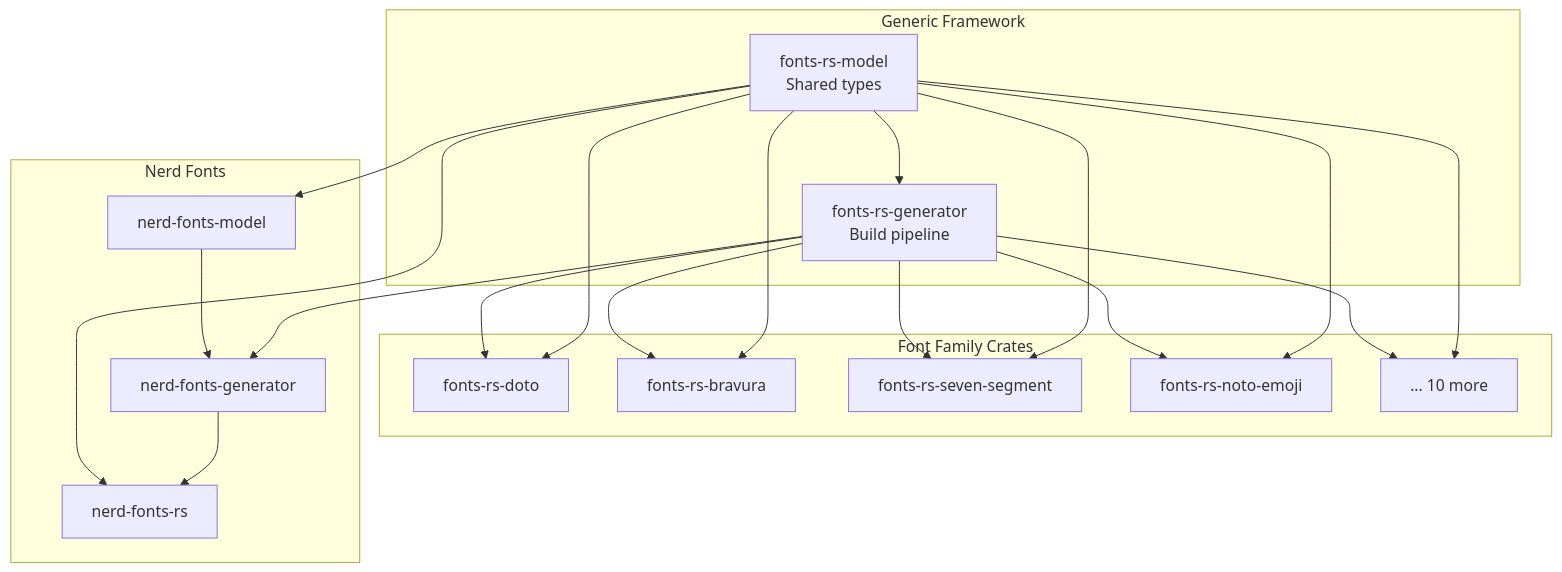
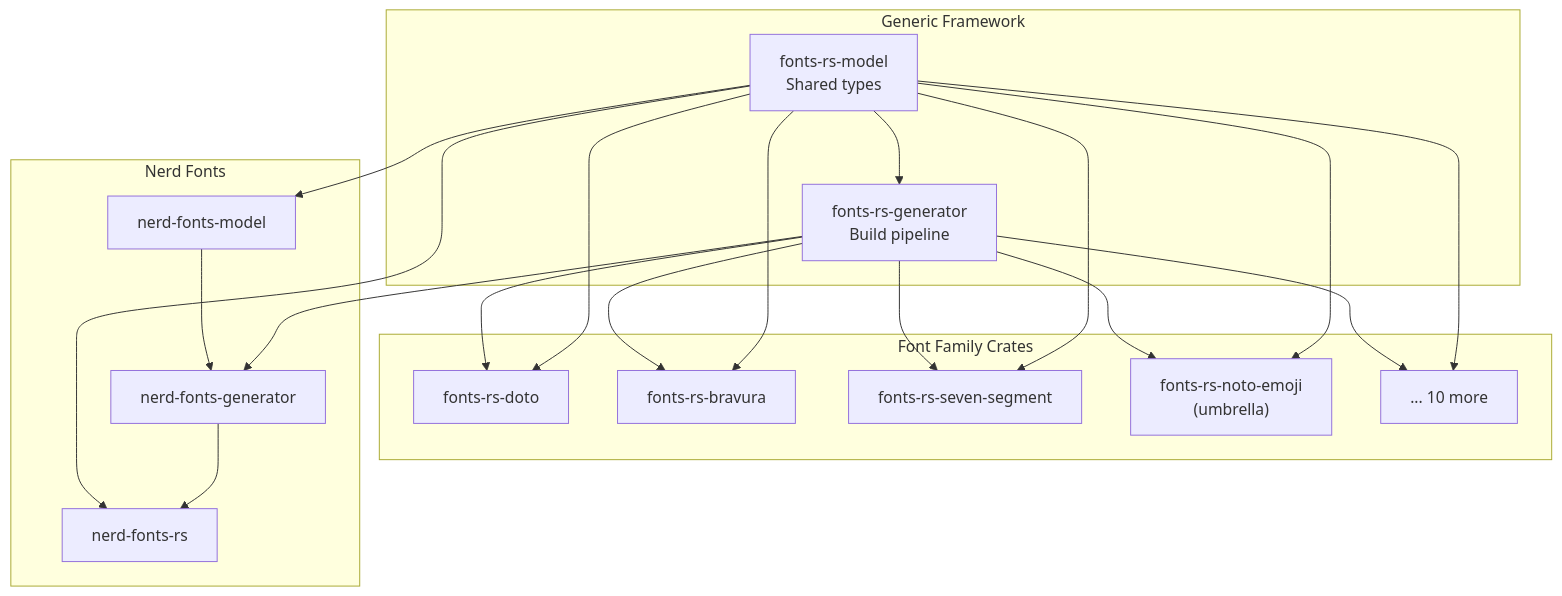
One commit to smearor/fonts-rs changed the diagram in book/src/introduction.md. Above: the diagram before and after it, drawn with Mermaid. The commit also changed other lines of this file and 38 other files, not shown here.

````diff
--- a/book/src/introduction.md
+++ b/book/src/introduction.md
@@ -19,38 +22,38 @@
 ```mermaid
 graph TD
     subgraph "Generic Framework"
         Model["fonts-rs-model<br/>Shared types"]
         Gen["fonts-rs-generator<br/>Build pipeline"]
     end
 
     subgraph "Font Family Crates"
         Doto["fonts-rs-doto"]
         Bravura["fonts-rs-bravura"]
         SevenSeg["fonts-rs-seven-segment"]
-        NotoEmoji["fonts-rs-noto-emoji"]
+        NotoEmoji["fonts-rs-noto-emoji<br/>(umbrella)"]
         Other["... 10 more"]
     end
 
     subgraph "Nerd Fonts"
         NFModel["nerd-fonts-model"]
         NFGen["nerd-fonts-generator"]
         NFRs["nerd-fonts-rs"]
     end
 
     Model --> Gen
     Model --> Doto
     Model --> Bravura
     Model --> SevenSeg
     Model --> NotoEmoji
     Model --> Other
     Gen --> Doto
     Gen --> Bravura
     Gen --> SevenSeg
     Gen --> NotoEmoji
     Gen --> Other
     Model --> NFModel
     Gen --> NFGen
     NFModel --> NFGen
     NFGen --> NFRs
     Model --> NFRs
 ```
````
